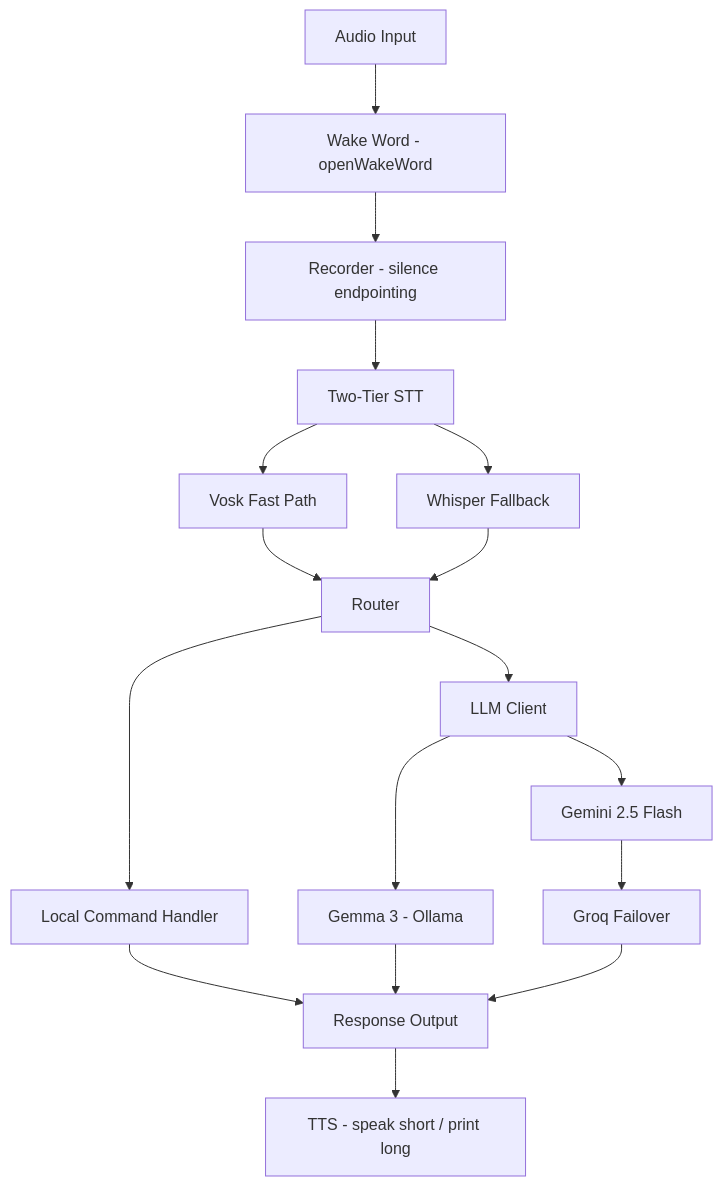
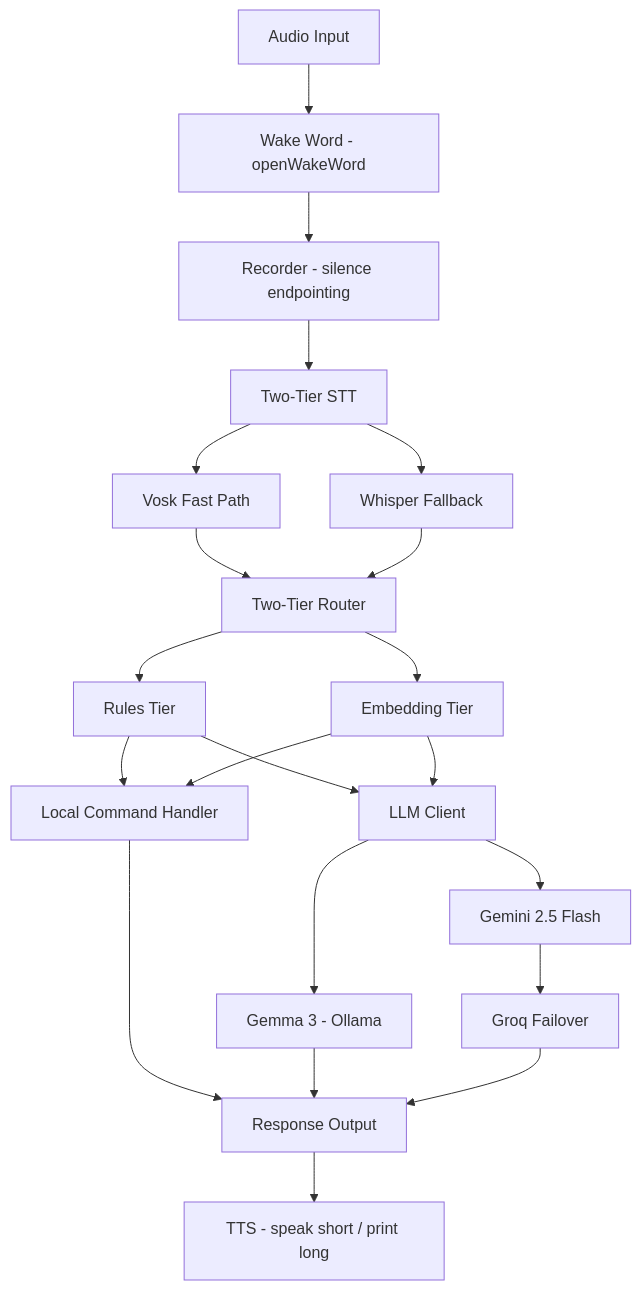
Before and after one commit to HarshaKoushikTeja/M_Assist: the diagram in README.md, drawn with Mermaid. The commit also changed other lines of this file, not shown here.

````diff
--- a/README.md
+++ b/README.md
@@ -43,25 +44,30 @@
 ```mermaid
 flowchart TD
     A[Audio Input] --> B[Wake Word - openWakeWord]
     B --> C[Recorder - silence endpointing]
     C --> D[Two-Tier STT]
 
     D --> E[Vosk Fast Path]
     D --> F[Whisper Fallback]
 
-    E --> G[Router]
+    E --> G[Two-Tier Router]
     F --> G
 
-    G --> H[Local Command Handler]
-    G --> I[LLM Client]
+    G --> H[Rules Tier]
+    G --> I[Embedding Tier]
 
-    I --> J[Gemma 3 - Ollama]
-    I --> K[Gemini 2.5 Flash]
-    K --> L[Groq Failover]
+    H --> J[Local Command Handler]
+    I --> J
+    H --> K[LLM Client]
+    I --> K
 
-    H --> M[Response Output]
-    J --> M
-    L --> M
+    K --> L[Gemma 3 - Ollama]
+    K --> M[Gemini 2.5 Flash]
+    M --> N[Groq Failover]
 
-    M --> N[TTS - speak short / print long]
+    J --> O[Response Output]
+    L --> O
+    N --> O
+
+    O --> P[TTS - speak short / print long]
 ```
````
